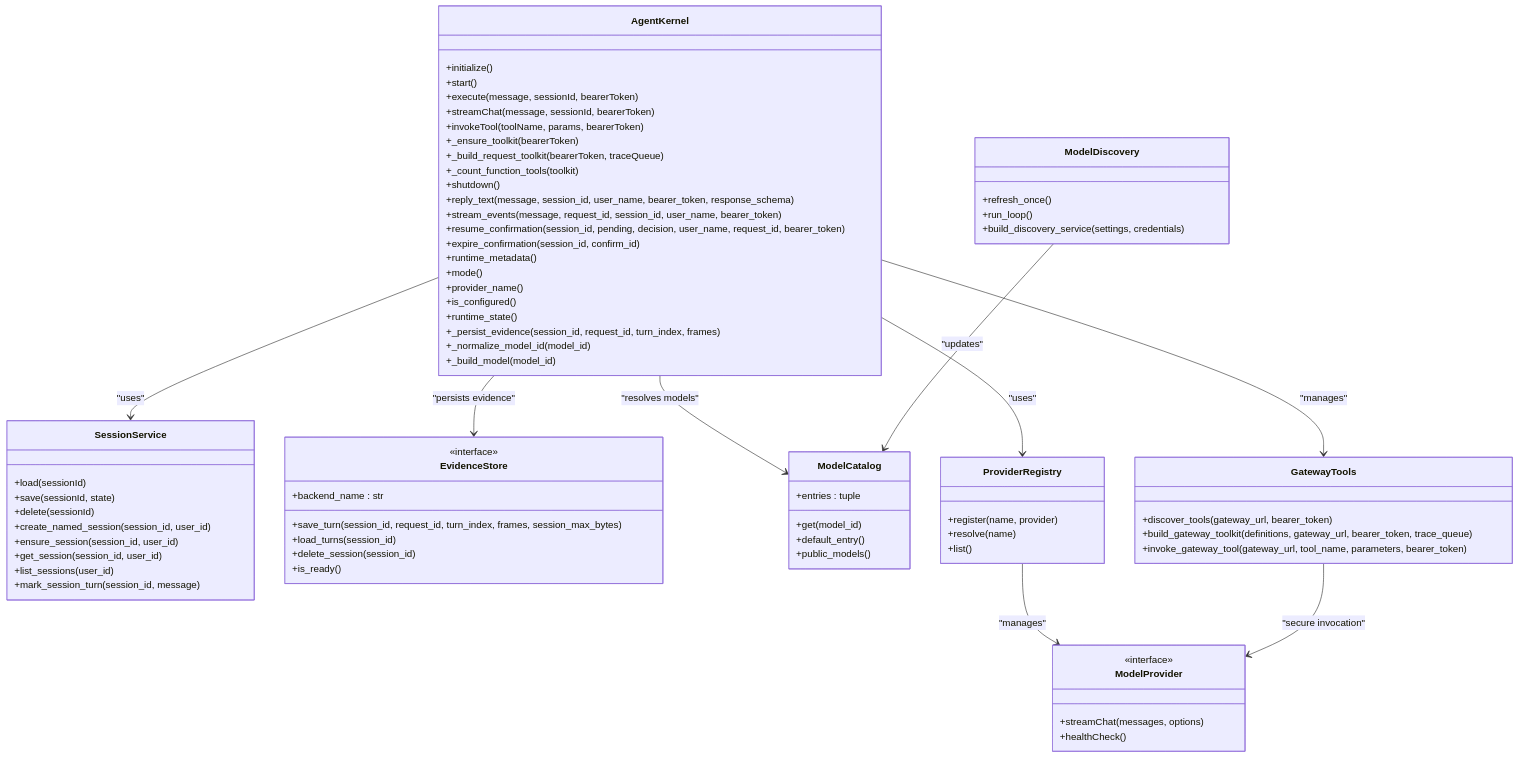
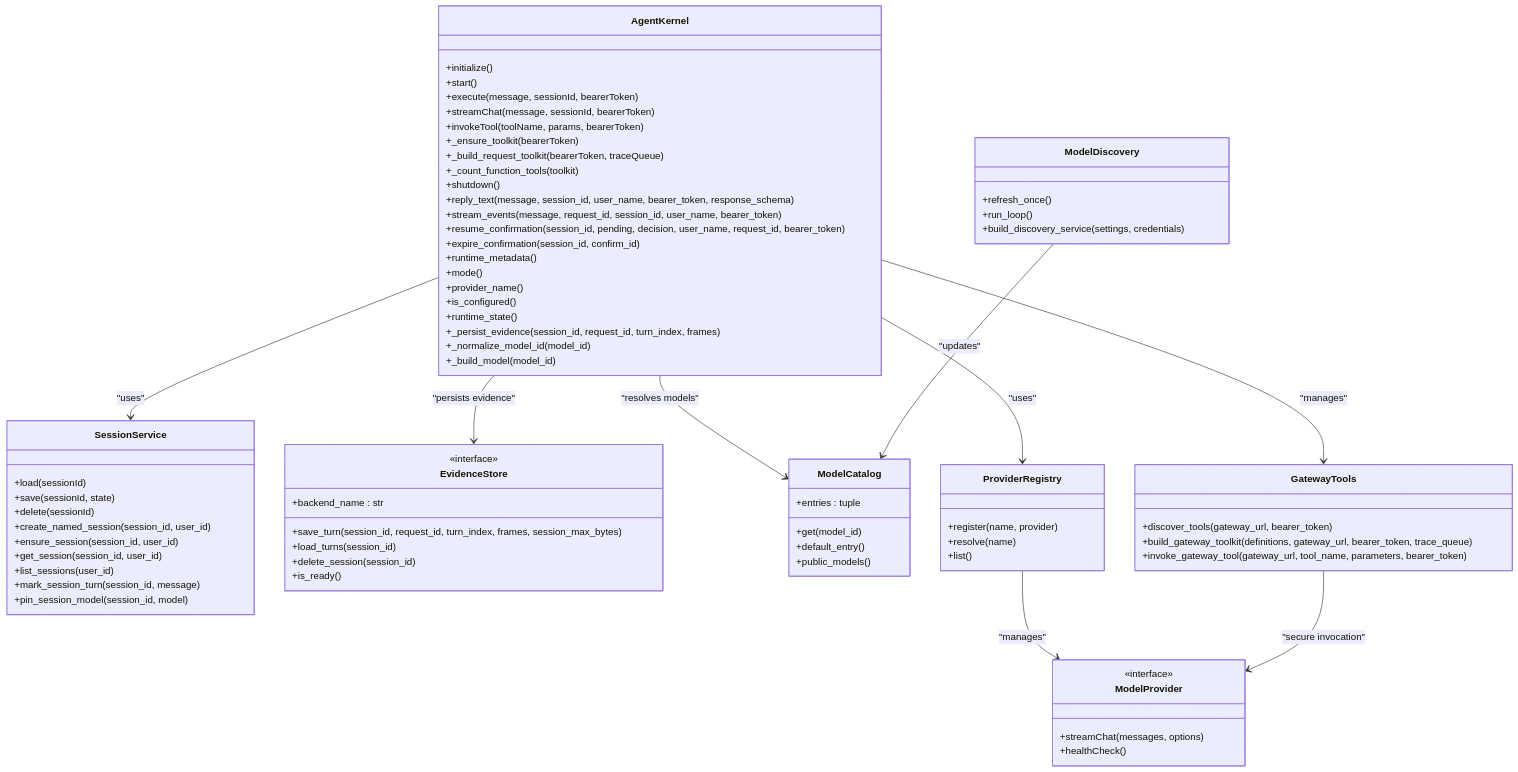
One commit to metasync/luban-aiops changed the third of 27 diagrams in .qoder/repowiki/en/content/Agent Platform Service/Agent Platform Service.md. Above: the diagram before and after it, drawn with Mermaid. The commit also changed other lines of this file and 7 other files, not shown here.

````diff
--- a/.qoder/repowiki/en/content/Agent Platform Service/Agent Platform Service.md
+++ b/.qoder/repowiki/en/content/Agent Platform Service/Agent Platform Service.md
@@ -353,78 +369,79 @@
 ```mermaid
 classDiagram
 class AgentKernel {
 +initialize()
 +start()
 +execute(message, sessionId, bearerToken)
 +streamChat(message, sessionId, bearerToken)
 +invokeTool(toolName, params, bearerToken)
 +_ensure_toolkit(bearerToken)
 +_build_request_toolkit(bearerToken, traceQueue)
 +_count_function_tools(toolkit)
 +shutdown()
 +reply_text(message, session_id, user_name, bearer_token, response_schema)
 +stream_events(message, request_id, session_id, user_name, bearer_token)
 +resume_confirmation(session_id, pending, decision, user_name, request_id, bearer_token)
 +expire_confirmation(session_id, confirm_id)
 +runtime_metadata()
 +mode()
 +provider_name()
 +is_configured()
 +runtime_state()
 +_persist_evidence(session_id, request_id, turn_index, frames)
 +_normalize_model_id(model_id)
 +_build_model(model_id)
 }
 class SessionService {
 +load(sessionId)
 +save(sessionId, state)
 +delete(sessionId)
 +create_named_session(session_id, user_id)
 +ensure_session(session_id, user_id)
 +get_session(session_id, user_id)
 +list_sessions(user_id)
 +mark_session_turn(session_id, message)
++pin_session_model(session_id, model)
 }
 class EvidenceStore {
 <<interface>>
 +backend_name : str
 +save_turn(session_id, request_id, turn_index, frames, session_max_bytes)
 +load_turns(session_id)
 +delete_session(session_id)
 +is_ready()
 }
 class ModelCatalog {
 +entries : tuple
 +get(model_id)
 +default_entry()
 +public_models()
 }
 class ModelDiscovery {
 +refresh_once()
 +run_loop()
 +build_discovery_service(settings, credentials)
 }
 class ProviderRegistry {
 +register(name, provider)
 +resolve(name)
 +list()
 }
 class ModelProvider {
 <<interface>>
 +streamChat(messages, options)
 +healthCheck()
 }
 class GatewayTools {
 +discover_tools(gateway_url, bearer_token)
 +build_gateway_toolkit(definitions, gateway_url, bearer_token, trace_queue)
 +invoke_gateway_tool(gateway_url, tool_name, parameters, bearer_token)
 }
 AgentKernel --> SessionService : "uses"
 AgentKernel --> EvidenceStore : "persists evidence"
 AgentKernel --> ModelCatalog : "resolves models"
 AgentKernel --> ProviderRegistry : "uses"
 AgentKernel --> GatewayTools : "manages"
 ModelDiscovery --> ModelCatalog : "updates"
 ProviderRegistry --> ModelProvider : "manages"
 GatewayTools --> ModelProvider : "secure invocation"
 ```
````
